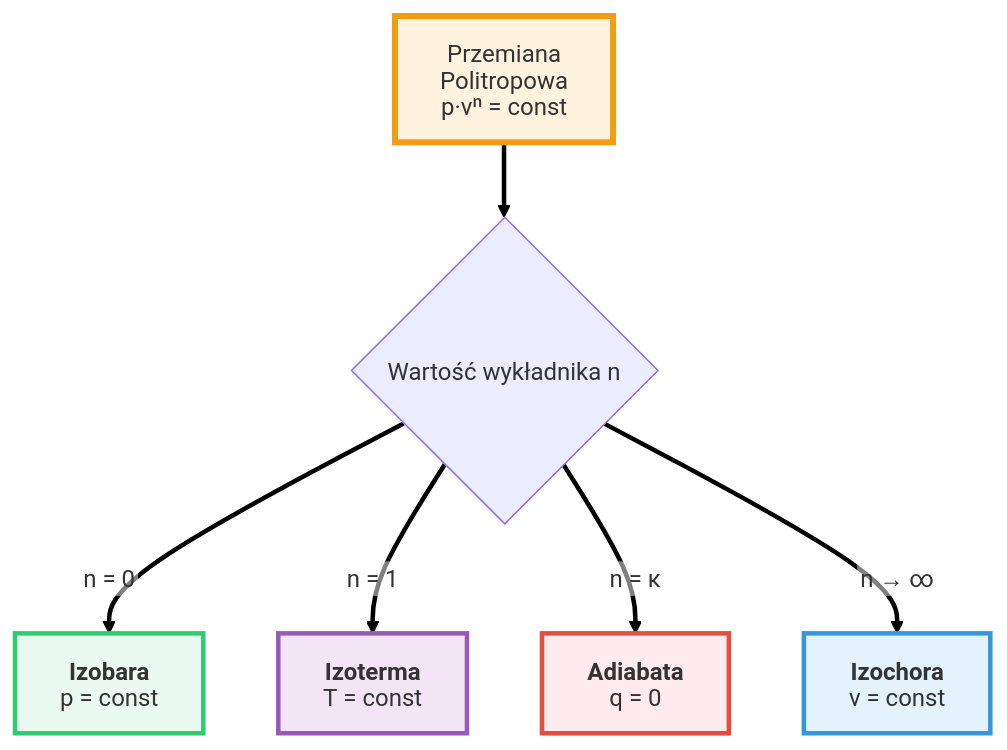
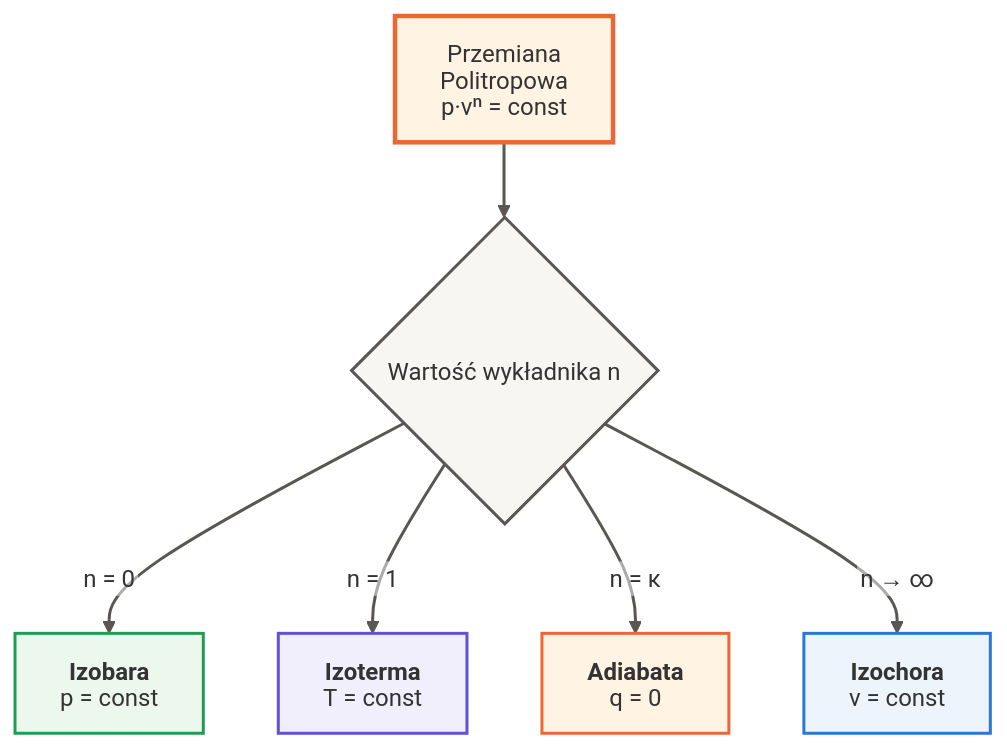
The diagram in Wyklady/08_Przemiany_Gazowe.qmd (moondec/Termodynamika), drawn with Mermaid before and after one commit. The commit also changed other lines of this file and 229 other files, not shown here.

````diff
--- a/Wyklady/08_Przemiany_Gazowe.qmd
+++ b/Wyklady/08_Przemiany_Gazowe.qmd
@@ -481,22 +474,23 @@
 ```{mermaid}
-%%{init: {'theme': 'default', 'flowchart': {'htmlLabels': false, 'wrappingWidth': 400, 'subGraphTitleMargin': {'top': 6, 'bottom': 16}}, 'themeVariables': {'fontSize': '16px', 'fontFamily': 'Arial, Helvetica, sans-serif', 'primaryColor': '#ffffff', 'edgeLabelBackground': '#ffffff', 'tertiaryColor': '#fff0f0'}, 'htmlLabels': false}}%%
+%%{init: {'theme': 'default', 'flowchart': {'htmlLabels': false, 'wrappingWidth': 400, 'subGraphTitleMargin': {'top': 6, 'bottom': 16}}, 'themeVariables': {'fontSize': '16px', 'fontFamily': 'Arial, Helvetica, sans-serif', 'primaryColor': '#ffffff', 'edgeLabelBackground': '#ffffff', 'tertiaryColor': '#f7f6f3'}, 'htmlLabels': false}}%%
 flowchart TD
     A["Przemiana<br>Politropowa<br>p·vⁿ = const"] --> B{"Wartość wykładnika n"}
-    
+
     B -- "n = 0" --> C["`**Izobara**
 p = const`"]
     B -- "n = 1" --> D["`**Izoterma**
 T = const`"]
     B -- "n = κ" --> E["`**Adiabata**
 q = 0`"]
     B -- "n → ∞" --> F["`**Izochora**
 v = const`"]
-    
-    style A fill:#fff3e0,stroke:#f39c12,stroke-width:4px
-    style C fill:#eafaf1,stroke:#2ecc71,stroke-width:3px
-    style D fill:#f3e5f5,stroke:#9b59b6,stroke-width:3px
-    style E fill:#ffebee,stroke:#e74c3c,stroke-width:3px
-    style F fill:#e3f2fd,stroke:#3498db,stroke-width:3px
-    
-    linkStyle default stroke-width:3px,fill:none,stroke:black
+
+    style A fill:#fff4e3,stroke:#eb6834,stroke-width:3px
+    style B fill:#f7f6f3,stroke:#5a5753,stroke-width:2px
+    style C fill:#ecf7ee,stroke:#1f9d55,stroke-width:2px
+    style D fill:#f1effb,stroke:#6250d6,stroke-width:2px
+    style E fill:#fff4e3,stroke:#eb6834,stroke-width:2px
+    style F fill:#eef4fb,stroke:#2a78d6,stroke-width:2px
+
+    linkStyle default stroke-width:2px,fill:none,stroke:#5a5753
 ```
````
